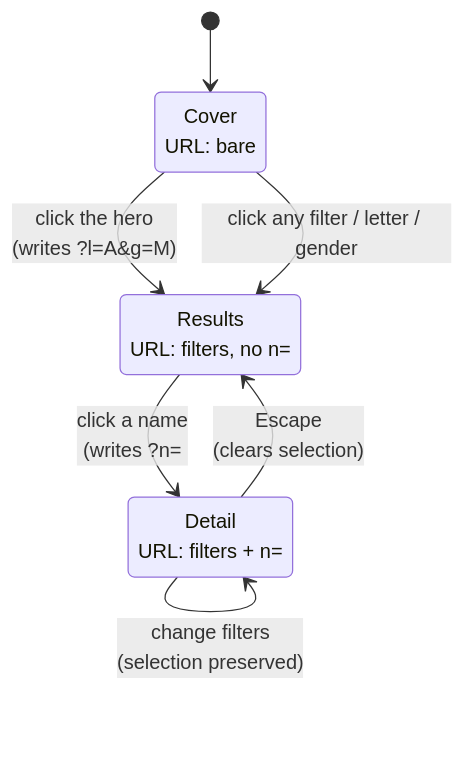
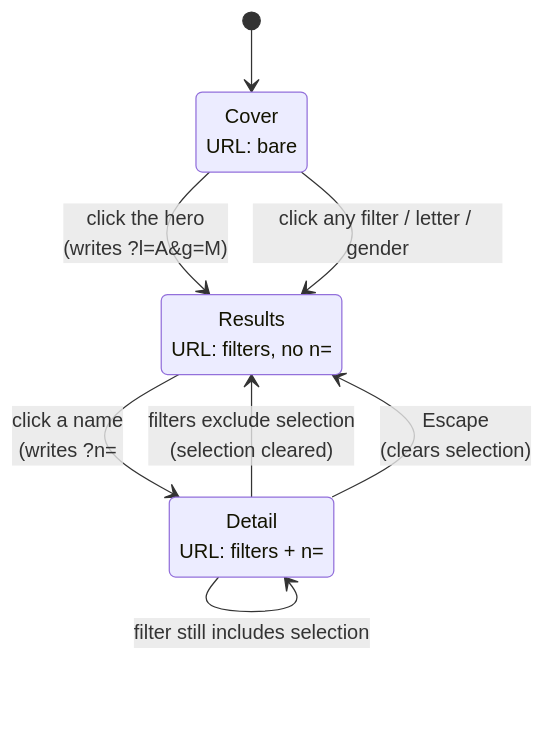
Before and after one commit to spencerjireh/react-fed-test-task: the second of 2 diagrams in README.md, drawn with Mermaid. The commit also changed other lines of this file and 58 other files, not shown here.

````diff
--- a/README.md
+++ b/README.md
@@ -76,14 +78,15 @@
 ```mermaid
 stateDiagram-v2
     [*] --> Cover
 
     Cover --> Results: click the hero<br/>(writes ?l=A&g=M)
     Cover --> Results: click any filter / letter / gender
     Results --> Detail: click a name<br/>(writes ?n=<title>)
-    Detail --> Detail: change filters<br/>(selection preserved)
+    Detail --> Detail: filter still includes selection
+    Detail --> Results: filters exclude selection<br/>(selection cleared)
     Detail --> Results: Escape<br/>(clears selection)
 
     Cover: Cover<br/>URL: bare
     Results: Results<br/>URL: filters, no n=
     Detail: Detail<br/>URL: filters + n=
 ```
````
